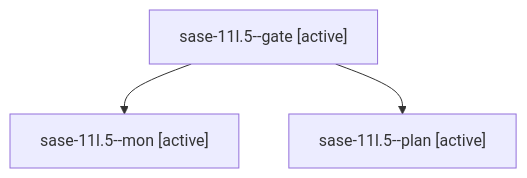
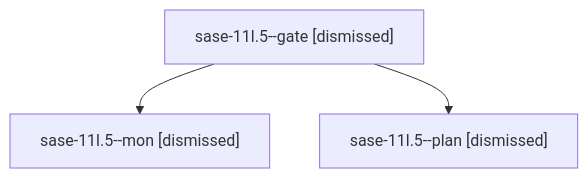
Before and after one commit to sase-org/sase--agents: the diagram in sessions/bbugyi200.athena.sase-11l.5.md, drawn with Mermaid. The commit also changed other lines of this file and 204 other files, not shown here.

````diff
--- a/sessions/bbugyi200.athena.sase-11l.5.md
+++ b/sessions/bbugyi200.athena.sase-11l.5.md
@@ -9,8 +9,8 @@
 ```mermaid
 flowchart TD
-  n0["sase-11l.5--gate [active]"]
-  n1["sase-11l.5--mon [active]"]
+  n0["sase-11l.5--gate [dismissed]"]
+  n1["sase-11l.5--mon [dismissed]"]
   n0 --> n1
-  n2["sase-11l.5--plan [active]"]
+  n2["sase-11l.5--plan [dismissed]"]
   n0 --> n2
 ```
````
